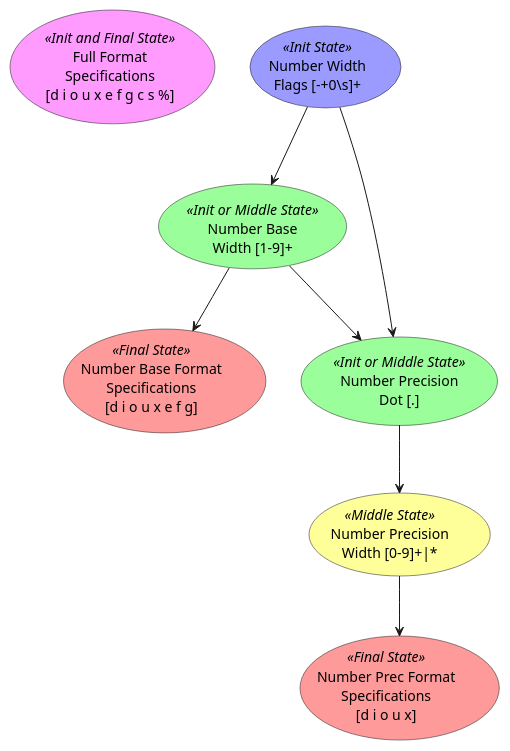
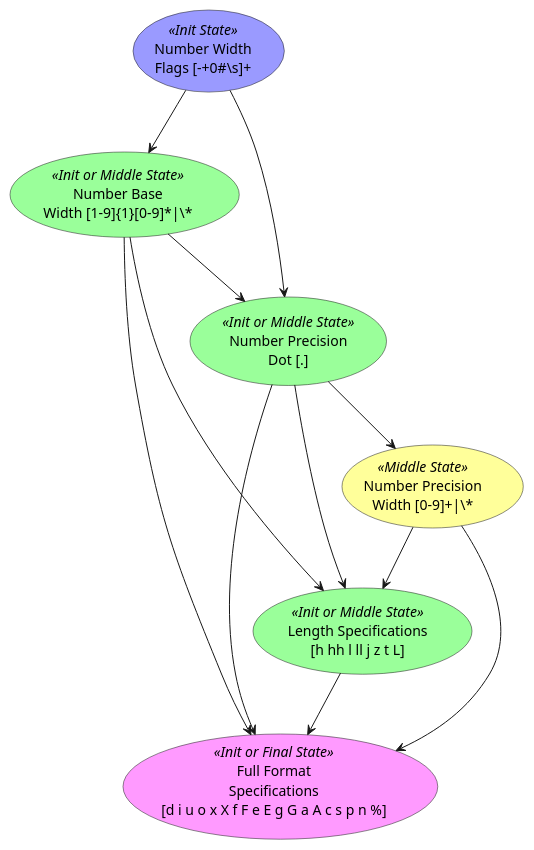
One commit to eshcom/geany changed the diagram in uml/formatseq_c_py.pu. Above: the diagram before and after it, drawn with PlantUML. The commit also changed 3 other files, not shown here.

Commit message:
improved and refactored FormatSequence struct

```diff
--- a/uml/formatseq_c_py.pu
+++ b/uml/formatseq_c_py.pu
@@ -1,36 +1,48 @@
 @startuml
 skinparam componentStyle uml2
 top to bottom direction
 
 skinparam usecase {
 	'S=40, V=100, H=240	(blue)
 	BackgroundColor<<Init State>> #9A9AFF
 	'S=40, V=100, H=300	(purple)
-	BackgroundColor<<Init and Final State>> #FF9AFF
+	BackgroundColor<<Init or Final State>> #FF9AFF
 	'S=40, V=100, H=120	(green)
 	BackgroundColor<<Init or Middle State>> #9AFF9A
 	'S=40, V=100, H=60	(yellow)
 	BackgroundColor<<Middle State>> #FFFF9A
 	'S=40, V=100, H=0	(red)
 	BackgroundColor<<Final State>> #FF9A9A
 }
 
-usecase (Full Format\nSpecifications\n[d i o u x e f g c s %]) as format_full_spec <<Init and Final State>>
+'A format specifier follows this prototype:
+'%[flags][width][.precision][length]specifier
 
-usecase (Number Width\nFlags [-+0\s]+) as format_num_flag <<Init State>>
+usecase (Length Specifications\n[h hh l ll j z t L]) as format_len_spec <<Init or Middle State>>
 
-usecase (Number Base\nWidth [1-9]+) as format_num_base_width <<Init or Middle State>>
-usecase (Number Base Format\nSpecifications\n[d i o u x e f g]) as format_num_base_spec <<Final State>>
+usecase (Full Format\nSpecifications\n[d i u o x X f F e E g G a A c s p n %]) as format_full_spec <<Init or Final State>>
+
+usecase (Number Width\nFlags [-+0#\s]+) as format_num_flag <<Init State>>
+
+usecase (Number Base\nWidth [1-9]{1}[0-9]*|\*) as format_num_base_width <<Init or Middle State>>
 
 usecase (Number Precision\nDot [.]) as format_num_prec_dot <<Init or Middle State>>
-usecase (Number Precision\nWidth [0-9]+|*) as format_num_prec_width <<Middle State>>
-usecase (Number Prec Format\nSpecifications\n[d i o u x]) as format_num_prec_spec <<Final State>>
+usecase (Number Precision\nWidth [0-9]+|\*) as format_num_prec_width <<Middle State>>
 
 format_num_flag --> format_num_base_width
 format_num_flag --> format_num_prec_dot
-format_num_base_width --> format_num_base_spec
+
 format_num_base_width --> format_num_prec_dot
+format_num_base_width --> format_len_spec
+format_num_base_width --> format_full_spec
+
 format_num_prec_dot --> format_num_prec_width
-format_num_prec_width --> format_num_prec_spec
+format_num_prec_dot --> format_len_spec
+format_num_prec_dot --> format_full_spec
+
+format_num_prec_width --> format_len_spec
+format_num_prec_width --> format_full_spec
+
+format_len_spec --> format_full_spec
 
 @enduml
```
